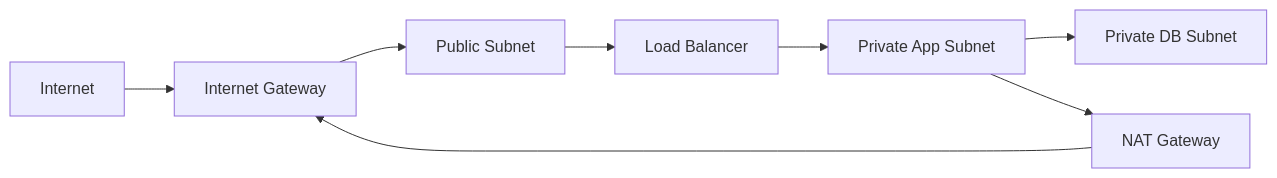
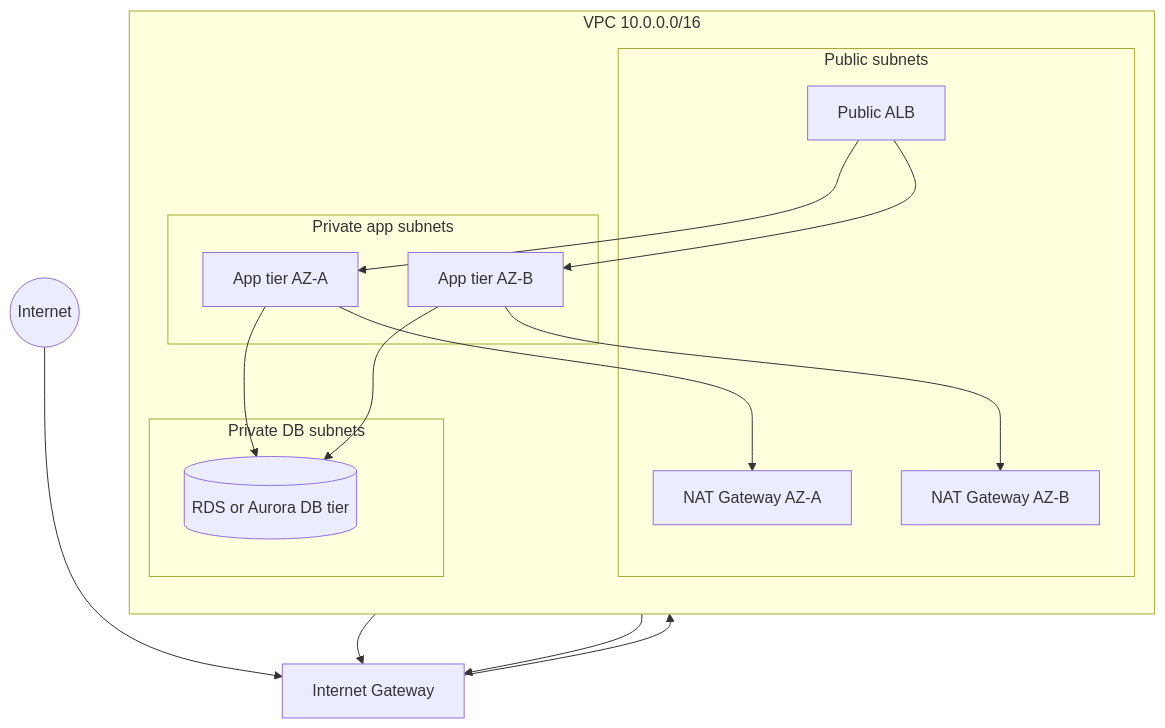
Before and after one commit to rooneyviet/aws-learning-obsidian: the diagram in 05 - Networking, DNS, and Edge/Amazon VPC.md, drawn with Mermaid. The commit also changed 7 other files, not shown here.

````diff
--- a/05 - Networking, DNS, and Edge/Amazon VPC.md
+++ b/05 - Networking, DNS, and Edge/Amazon VPC.md
@@ -27,10 +27,33 @@
 ```mermaid
-flowchart LR
-    Internet --> IGW[Internet Gateway]
-    IGW --> Pub[Public Subnet]
-    Pub --> ALB[Load Balancer]
-    ALB --> Priv1[Private App Subnet]
-    Priv1 --> Priv2[Private DB Subnet]
-    Priv1 --> NAT[NAT Gateway]
-    NAT --> IGW
+flowchart TB
+    Internet((Internet)) --> IGW[Internet Gateway]
+
+    subgraph VPC["VPC 10.0.0.0/16"]
+        direction TB
+
+        subgraph Public["Public subnets"]
+            ALB[Public ALB]
+            NATA[NAT Gateway AZ-A]
+            NATB[NAT Gateway AZ-B]
+        end
+
+        subgraph PrivateApp["Private app subnets"]
+            AppA[App tier AZ-A]
+            AppB[App tier AZ-B]
+        end
+
+        subgraph PrivateDB["Private DB subnets"]
+            DB[(RDS or Aurora DB tier)]
+        end
+    end
+
+    IGW --> ALB
+    ALB --> AppA
+    ALB --> AppB
+    AppA --> DB
+    AppB --> DB
+    AppA --> NATA
+    AppB --> NATB
+    NATA --> IGW
+    NATB --> IGW
 ```
````
